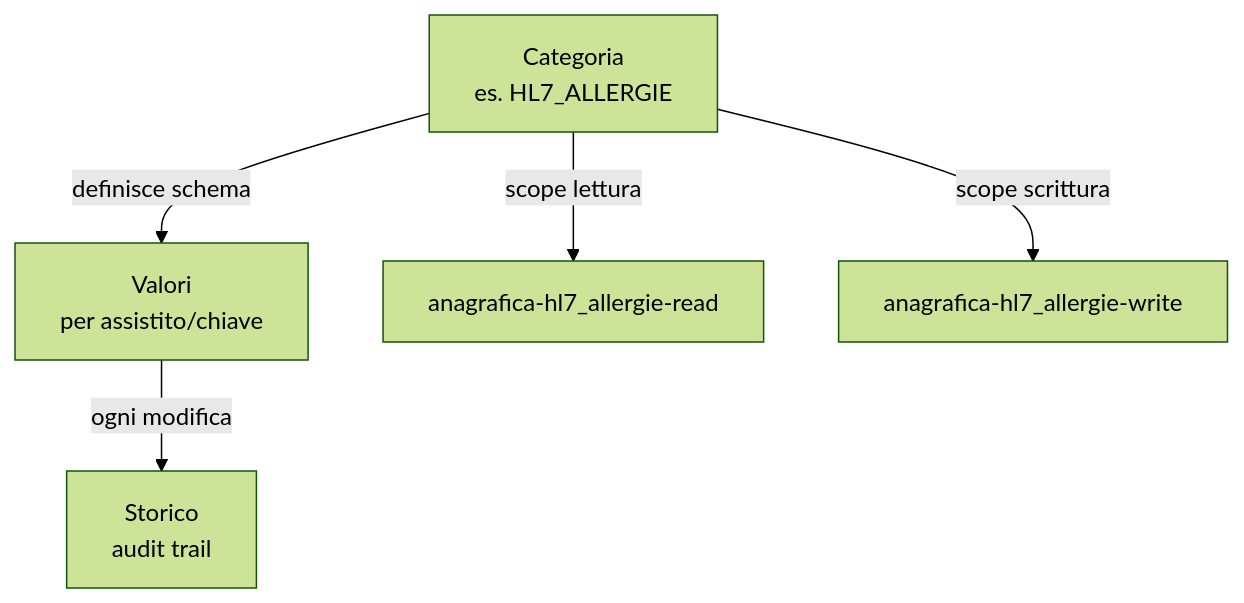
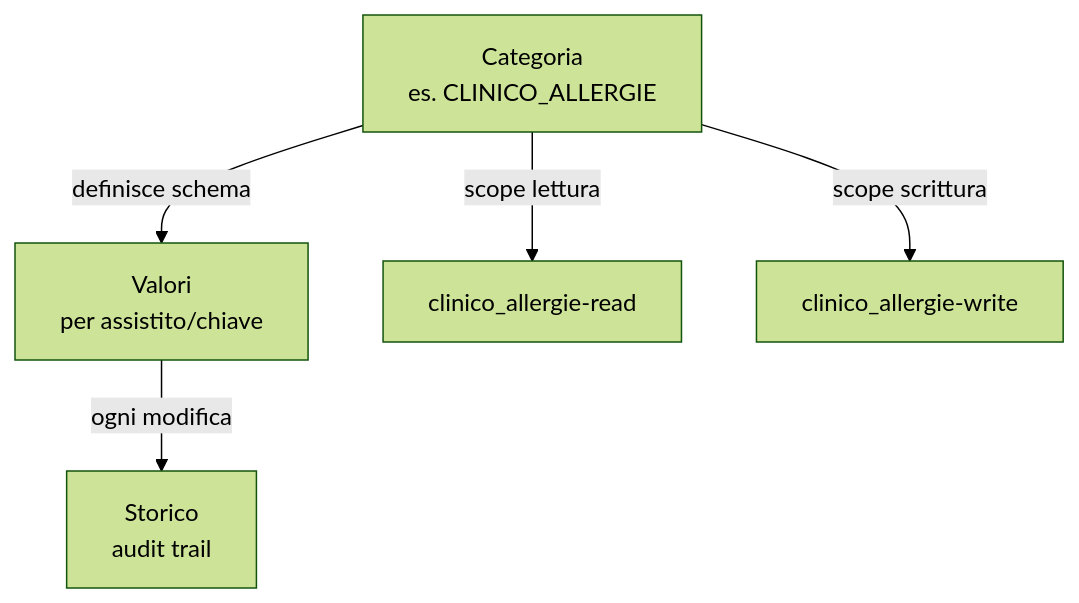
The diagram in docs/anagrafica/extra-data.md (deduzzo/asp-ws), drawn with Mermaid (forest theme) before and after one commit. The commit also changed other lines of this file and 21 other files, not shown here.

````diff
--- a/docs/anagrafica/extra-data.md
+++ b/docs/anagrafica/extra-data.md
@@ -9,7 +9,7 @@
 ```mermaid
 graph TD
-    CAT[Categoria<br/>es. HL7_ALLERGIE] --> |definisce schema| VAL[Valori<br/>per assistito/chiave]
+    CAT[Categoria<br/>es. CLINICO_ALLERGIE] --> |definisce schema| VAL[Valori<br/>per assistito/chiave]
     VAL --> |ogni modifica| STOR[Storico<br/>audit trail]
-    CAT --> |scope lettura| READ[anagrafica-hl7_allergie-read]
-    CAT --> |scope scrittura| WRITE[anagrafica-hl7_allergie-write]
+    CAT --> |scope lettura| READ[clinico_allergie-read]
+    CAT --> |scope scrittura| WRITE[clinico_allergie-write]
 ```
````
